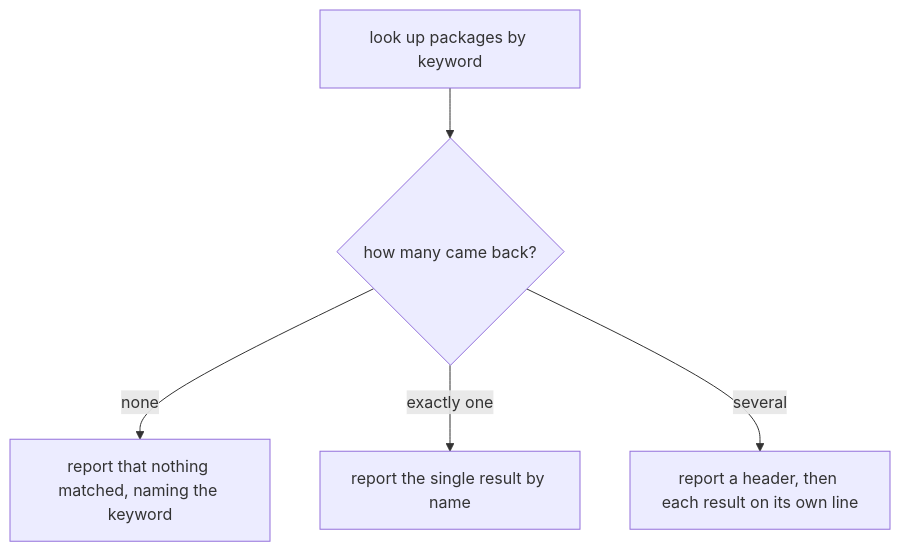
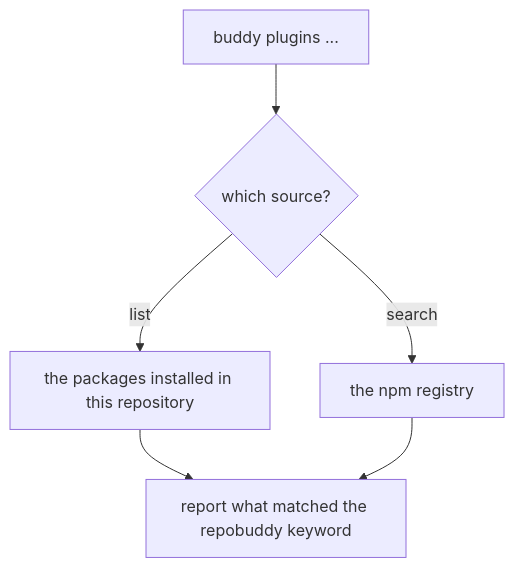
One commit to repobuddy/repobuddy changed the diagram in packages/buddy/.agents/spec/plugin-management/discovery/README.md. Above: the diagram before and after it, drawn with Mermaid. The commit also changed other lines of this file and 3 other files, not shown here.

First line of the commit message:
docs(buddy): cut discovery and loading to repobuddy's promises

````diff
--- a/packages/buddy/.agents/spec/plugin-management/discovery/README.md
+++ b/packages/buddy/.agents/spec/plugin-management/discovery/README.md
@@ -46,7 +37,8 @@
 ```mermaid
 graph TD
-    A[look up packages by keyword] --> B{how many came back?}
-    B -->|none| B0[report that nothing matched, naming the keyword]
-    B -->|exactly one| B1[report the single result by name]
-    B -->|several| BN[report a header, then each result on its own line]
+    A[buddy plugins ...] --> B{which source?}
+    B -->|list| B1[the packages installed in this repository]
+    B -->|search| B2[the npm registry]
+    B1 --> C[report what matched the repobuddy keyword]
+    B2 --> C
 ```
````
